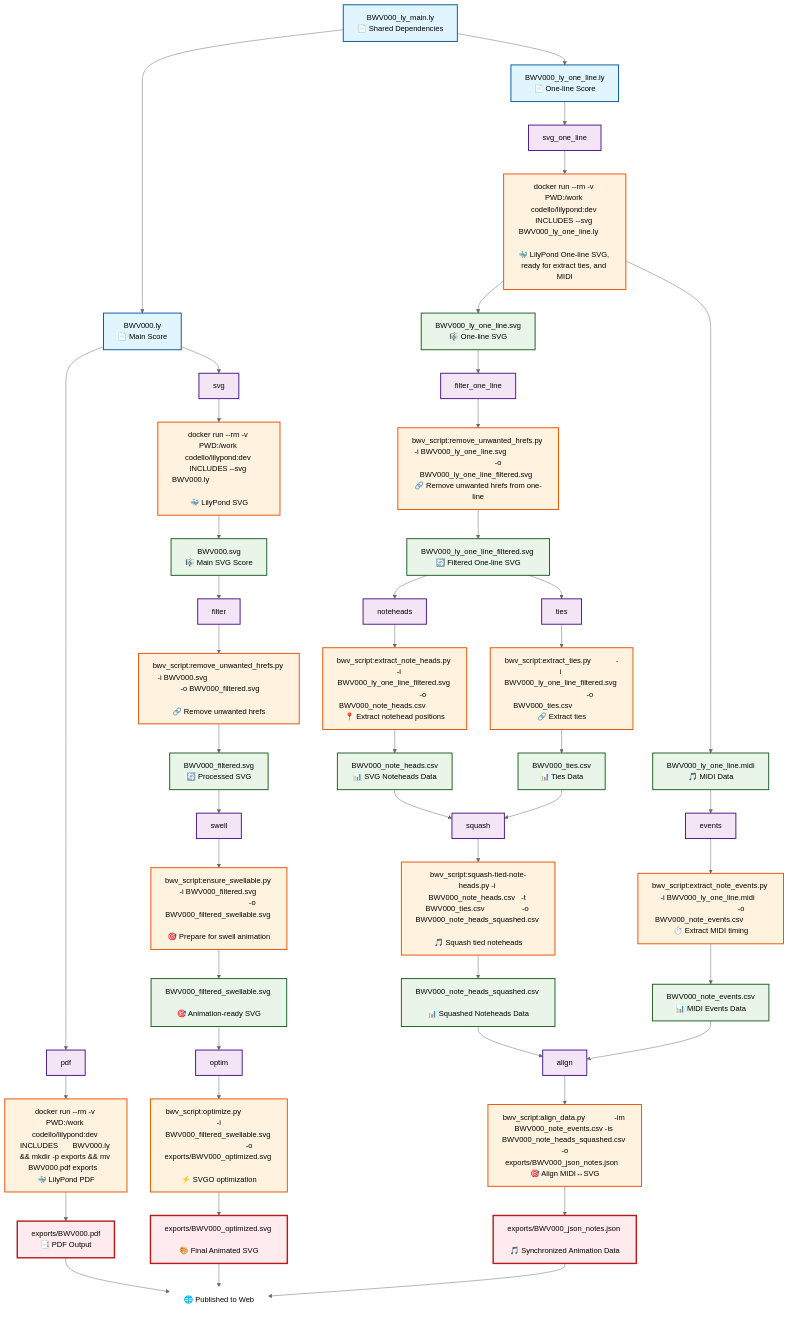
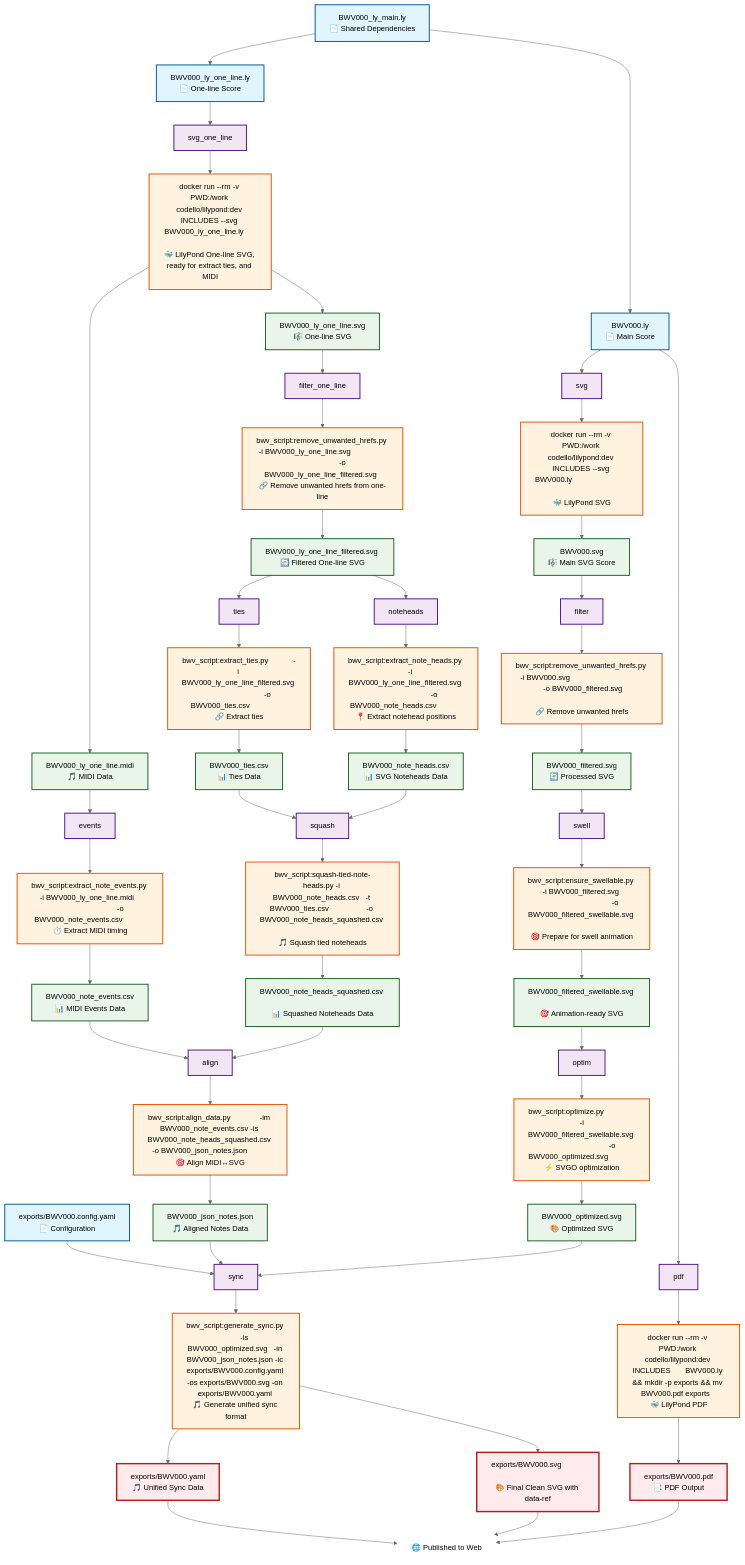
One commit to musicollator/bwv-zeug changed the diagram in invoke/tasks.mmd. Above: the diagram before and after it, drawn with Mermaid. The commit also changed 8 other files, not shown here.

Commit message:
new final sync grandiose setp

```diff
--- a/invoke/tasks.mmd
+++ b/invoke/tasks.mmd
@@ -1,153 +1,166 @@
 %%{init: {'theme':'neutral'}}%%
 graph TD
 
 %% python tasks_mermaid_generator.py -i tasks.mmd -o tasks_generated.py
 
 %% ============================================================================
 %% INPUT NODES
 %% ============================================================================
 I1[BWV000.ly<br/>📄 Main Score]
 I2[BWV000_ly_one_line.ly<br/>📄 One-line Score]
 I3[BWV000_ly_main.ly<br/>📄 Shared Dependencies]
+I4[exports/BWV000.config.yaml<br/>📄 Configuration]
 
 %% ============================================================================
 %% TASK NODES
 %% ============================================================================
 T1[pdf]
 T2[svg]
 T3[svg_one_line]
 T4[filter]
 T5[swell]
 T6[optim]
 T7[noteheads]
 T8[events]
 T9[align]
 T0[ties]
 T11[squash]
 T12[filter_one_line]
+T13[sync]
 
 %% ============================================================================
 %% RUNNABLE NODES
 %% ============================================================================
 R1[docker run --rm -v PWD:/work codello/lilypond:dev INCLUDES       BWV000.ly && mkdir -p exports && mv BWV000.pdf exports   <br/>🐳 LilyPond PDF]
 R2[docker run --rm -v PWD:/work codello/lilypond:dev INCLUDES --svg BWV000.ly                                                <br/>🐳 LilyPond SVG]
 R3[docker run --rm -v PWD:/work codello/lilypond:dev INCLUDES --svg BWV000_ly_one_line.ly                                    <br/>🐳 LilyPond One-line SVG, ready for extract ties, and MIDI]
 R4[bwv_script:remove_unwanted_hrefs.py   -i BWV000.svg                                                  -o BWV000_filtered.svg              <br/>🔗 Remove unwanted hrefs]
 R5[bwv_script:ensure_swellable.py        -i BWV000_filtered.svg                                         -o BWV000_filtered_swellable.svg    <br/>🎯 Prepare for swell animation]
-R6[bwv_script:optimize.py                -i BWV000_filtered_swellable.svg                               -o exports/BWV000_optimized.svg     <br/>⚡ SVGO optimization]
+R6[bwv_script:optimize.py                -i BWV000_filtered_swellable.svg                               -o BWV000_optimized.svg             <br/>⚡ SVGO optimization]
 R8[bwv_script:extract_note_events.py     -i BWV000_ly_one_line.midi                                     -o BWV000_note_events.csv           <br/>⏱️ Extract MIDI timing]
 R7[bwv_script:extract_note_heads.py      -i BWV000_ly_one_line_filtered.svg                             -o BWV000_note_heads.csv            <br/>📍 Extract notehead positions]
 R0[bwv_script:extract_ties.py            -i BWV000_ly_one_line_filtered.svg                             -o BWV000_ties.csv                  <br/>🔗 Extract ties]
 R11[bwv_script:squash-tied-note-heads.py -i BWV000_note_heads.csv   -t BWV000_ties.csv                  -o BWV000_note_heads_squashed.csv   <br/>🎵 Squash tied noteheads]
-R9[bwv_script:align_data.py              -im BWV000_note_events.csv -is BWV000_note_heads_squashed.csv  -o exports/BWV000_json_notes.json   <br/>🎯 Align MIDI↔SVG]
+R9[bwv_script:align_data.py              -im BWV000_note_events.csv -is BWV000_note_heads_squashed.csv  -o BWV000_json_notes.json           <br/>🎯 Align MIDI↔SVG]
 R12[bwv_script:remove_unwanted_hrefs.py  -i BWV000_ly_one_line.svg                                      -o BWV000_ly_one_line_filtered.svg  <br/>🔗 Remove unwanted hrefs from one-line]
+R13[bwv_script:generate_sync.py          -is BWV000_optimized.svg   -in BWV000_json_notes.json -ic exports/BWV000.config.yaml -os exports/BWV000.svg -on exports/BWV000.yaml <br/>🎵 Generate unified sync format]
 
 %% ============================================================================
 %% OUTPUT NODES
 %% ============================================================================
 O2[BWV000.svg                       <br/>🎼 Main SVG Score]
 O3[BWV000_ly_one_line.svg           <br/>🎼 One-line SVG]
 O4[BWV000_ly_one_line.midi          <br/>🎵 MIDI Data]
 O5[BWV000_filtered.svg              <br/>🔄 Processed SVG]
 O6[BWV000_filtered_swellable.svg    <br/>🎯 Animation-ready SVG]
 O7[BWV000_note_heads.csv            <br/>📊 SVG Noteheads Data]
 O8[BWV000_note_events.csv           <br/>📊 MIDI Events Data]
 O9[BWV000_ties.csv                  <br/>📊 Ties Data]
 O10[BWV000_note_heads_squashed.csv  <br/>📊 Squashed Noteheads Data]
 O11[BWV000_ly_one_line_filtered.svg <br/>🔄 Filtered One-line SVG]
+O12[BWV000_optimized.svg            <br/>🎨 Optimized SVG]
+O13[BWV000_json_notes.json          <br/>🎵 Aligned Notes Data]
 
 %% ============================================================================
 %% EXPORT NODES
 %% ============================================================================
 E3[exports/BWV000.pdf               <br/>📑 PDF Output]
-E1[exports/BWV000_optimized.svg     <br/>🎨 Final Animated SVG]
-E2[exports/BWV000_json_notes.json   <br/>🎵 Synchronized Animation Data]
+E1[exports/BWV000.svg               <br/>🎨 Final Clean SVG with data-ref]
+E2[exports/BWV000.yaml              <br/>🎵 Unified Sync Data]
 
 %% ============================================================================
 %% DEPENDENCY RELATIONSHIPS
 %% ============================================================================
 %% Shared dependencies
 I3 --> I1
 I3 --> I2
 
 %% Input to task relationships
 I1 --> T1
 I1 --> T2
 I2 --> T3
 
 %% Task to runnable relationships
 T1 --> R1
 T2 --> R2
 T3 --> R3
 T4 --> R4
 T5 --> R5
 T6 --> R6
 T7 --> R7
 T8 --> R8
 T9 --> R9
 T0 --> R0
 T11 --> R11
 T12 --> R12
+T13 --> R13
 
 %% Runnable to output relationships
 R2 --> O2
 R3 --> O3
 R3 --> O4
 R0 --> O9
 R7 --> O7
 R8 --> O8
 R11 --> O10
 R12 --> O11
+R6 --> O12
+R9 --> O13
 
 %% SVG processing chain (main)
 O2 --> T4
 R4 --> O5
 O5 --> T5
 R5 --> O6
 O6 --> T6
 
 %% SVG processing chain (one-line)
 O3 --> T12
 
 %% Data extraction parallel branches (now from filtered one-line)
 O11 --> T7
 O11 --> T0
 O4 --> T8
 
 %% Squash tied noteheads step
 O7 --> T11
 O9 --> T11
 
 %% Final data alignment (now uses squashed noteheads)
 O10 --> T9
 O8 --> T9
 
+%% Sync generation step (final unification)
+O12 --> T13
+O13 --> T13
+I4 --> T13
+
 %% Final export
 R1 --> E3
-R6 --> E1
-R9 --> E2
+R13 --> E1
+R13 --> E2
 
 %% ============================================================================
 %% STYLING
 %% ============================================================================
 classDef input fill:#e1f5fe,stroke:#01579b,stroke-width:2px
 classDef task fill:#f3e5f5,stroke:#4a148c,stroke-width:2px
 classDef output fill:#e8f5e8,stroke:#1b5e20,stroke-width:2px
 classDef runnable fill:#fff3e0,stroke:#e65100,stroke-width:2px
 classDef export fill:#ffebee,stroke:#b71c1c,stroke-width:3px
 
-class I1,I2,I3 input
-class T1,T2,T3,T4,T5,T6,T7,T8,T9,T0,T10,T11,T12 task
-class O2,O3,O4,O5,O6,O7,O8,O9,O10,O11 output
-class R1,R2,R3,R4,R5,R6,R7,R8,R9,R0,R11,R12 runnable
+class I1,I2,I3,I4 input
+class T1,T2,T3,T4,T5,T6,T7,T8,T9,T0,T10,T11,T12,T13 task
+class O2,O3,O4,O5,O6,O7,O8,O9,O10,O11,O12,O13 output
+class R1,R2,R3,R4,R5,R6,R7,R8,R9,R0,R11,R12,R13 runnable
 class E3,E1,E2 export
 
 %% ============================================================================
 %% BOTTOM ALIGNMENT HACK
 %% ============================================================================
 T10["🌐 Published to Web"]
 style T10 fill:#ffffff,stroke:#ffffff
 
 E1 --> T10
 E2 --> T10
 E3 --> T10
```
